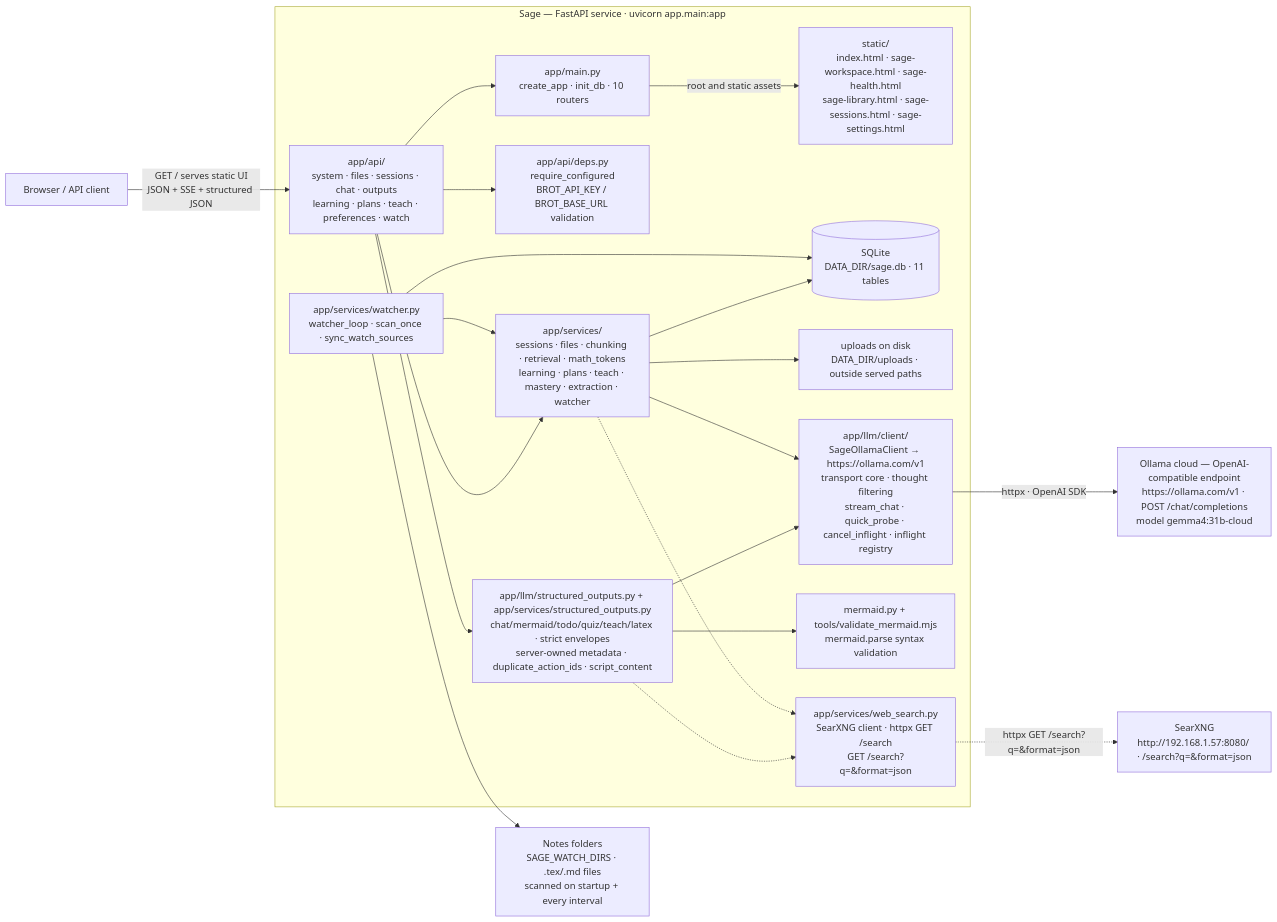
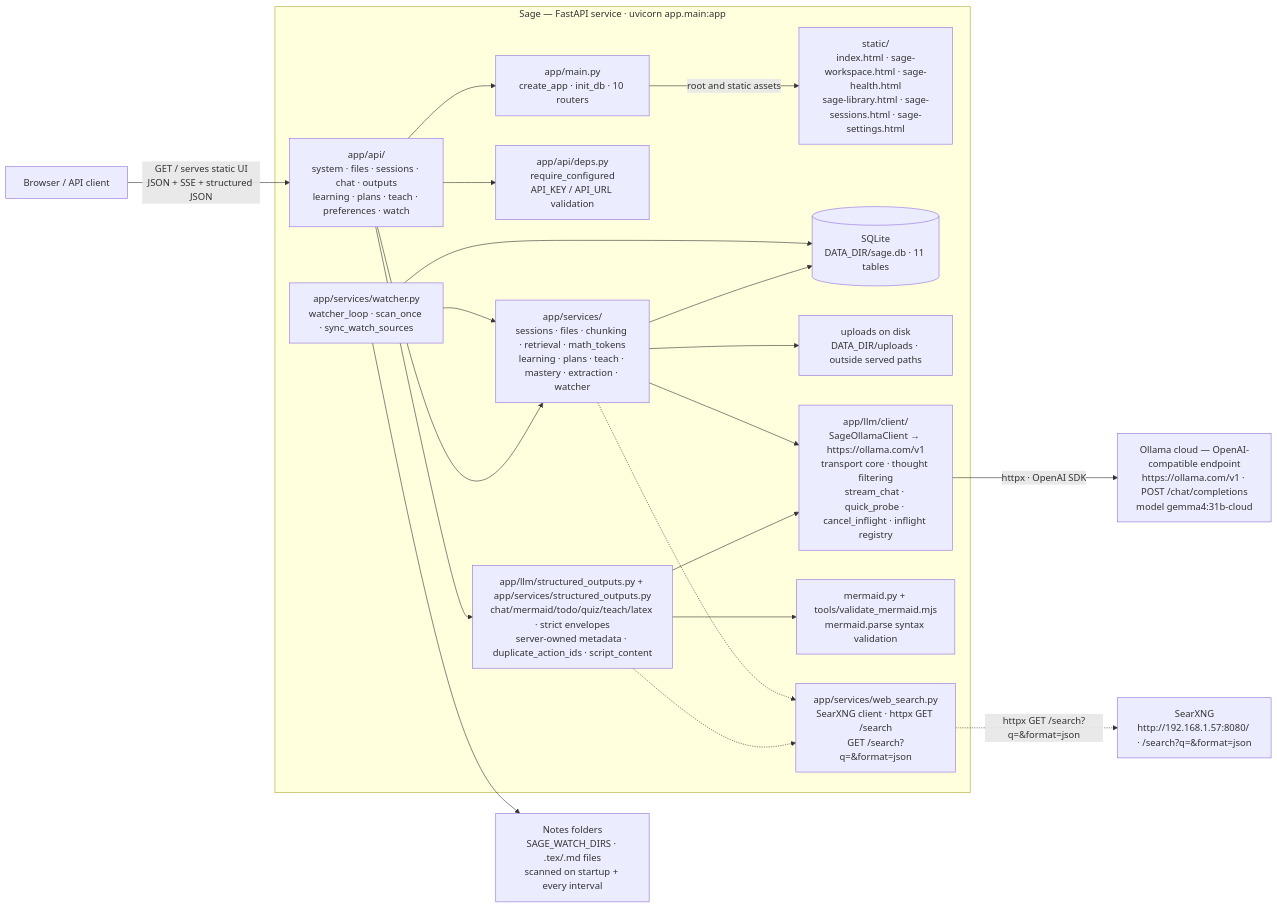
Before and after one commit to totallynotbrent/Sage: the first of 5 diagrams in README.md, drawn with Mermaid. The commit also changed other lines of this file and 8 other files, not shown here.

````diff
--- a/README.md
+++ b/README.md
@@ -113,40 +113,40 @@
 ```mermaid
 flowchart LR
     CLIENT["Browser / API client"] -->|"GET / serves static UI<br/>JSON + SSE + structured JSON"| API
     B["Ollama cloud — OpenAI-compatible endpoint<br/>https://ollama.com/v1 · POST /chat/completions<br/>model gemma4:31b-cloud"]
     SEARXNG["SearXNG<br/>http://192.168.1.57:8080/ · /search?q=&format=json"]
 
     subgraph APP["Sage — FastAPI service · uvicorn app.main:app"]
         MAIN["app/main.py<br/>create_app · init_db · 10 routers"]
         UI["static/<br/>index.html · sage-workspace.html · sage-health.html<br/>sage-library.html · sage-sessions.html · sage-settings.html"]
         API["app/api/<br/>system · files · sessions · chat · outputs<br/>learning · plans · teach · preferences · watch"]
-        DEPS["app/api/deps.py<br/>require_configured<br/>BROT_API_KEY / BROT_BASE_URL validation"]
+        DEPS["app/api/deps.py<br/>require_configured<br/>API_KEY / API_URL validation"]
         SVC["app/services/<br/>sessions · files · chunking · retrieval · math_tokens<br/>learning · plans · teach · mastery · extraction · watcher"]
         WATCH["app/services/watcher.py<br/>watcher_loop · scan_once · sync_watch_sources"]
         DB[("SQLite<br/>DATA_DIR/sage.db · 11 tables")]
         UP["uploads on disk<br/>DATA_DIR/uploads · outside served paths"]
         LLM["app/llm/client/<br/>SageOllamaClient → https://ollama.com/v1<br/>transport core · thought filtering<br/>stream_chat · quick_probe · cancel_inflight · inflight registry"]
         STRUCT["app/llm/structured_outputs.py + app/services/structured_outputs.py<br/>chat/mermaid/todo/quiz/teach/latex · strict envelopes<br/>server-owned metadata · duplicate_action_ids · script_content"]
         MERMAID["mermaid.py + tools/validate_mermaid.mjs<br/>mermaid.parse syntax validation"]
         WEBSEARCH["app/services/web_search.py<br/>SearXNG client · httpx GET /search<br/>GET /search?q=&format=json"]
     end
     NOTES["Notes folders<br/>SAGE_WATCH_DIRS · .tex/.md files<br/>scanned on startup + every interval"]
 
     API --> MAIN
     MAIN -->|"root and static assets"| UI
     API --> DEPS
     API --> SVC
     API --> STRUCT
     STRUCT --> MERMAID
     STRUCT --> LLM
     STRUCT -.-> WEBSEARCH
     SVC --> DB
     SVC --> UP
     SVC --> LLM
     SVC -.-> WEBSEARCH
     WEBSEARCH -.->|"httpx GET /search?q=&format=json"| SEARXNG
     WATCH --> NOTES
     WATCH --> DB
     WATCH --> SVC
     LLM -->|"httpx · OpenAI SDK"| B
 ```
````
